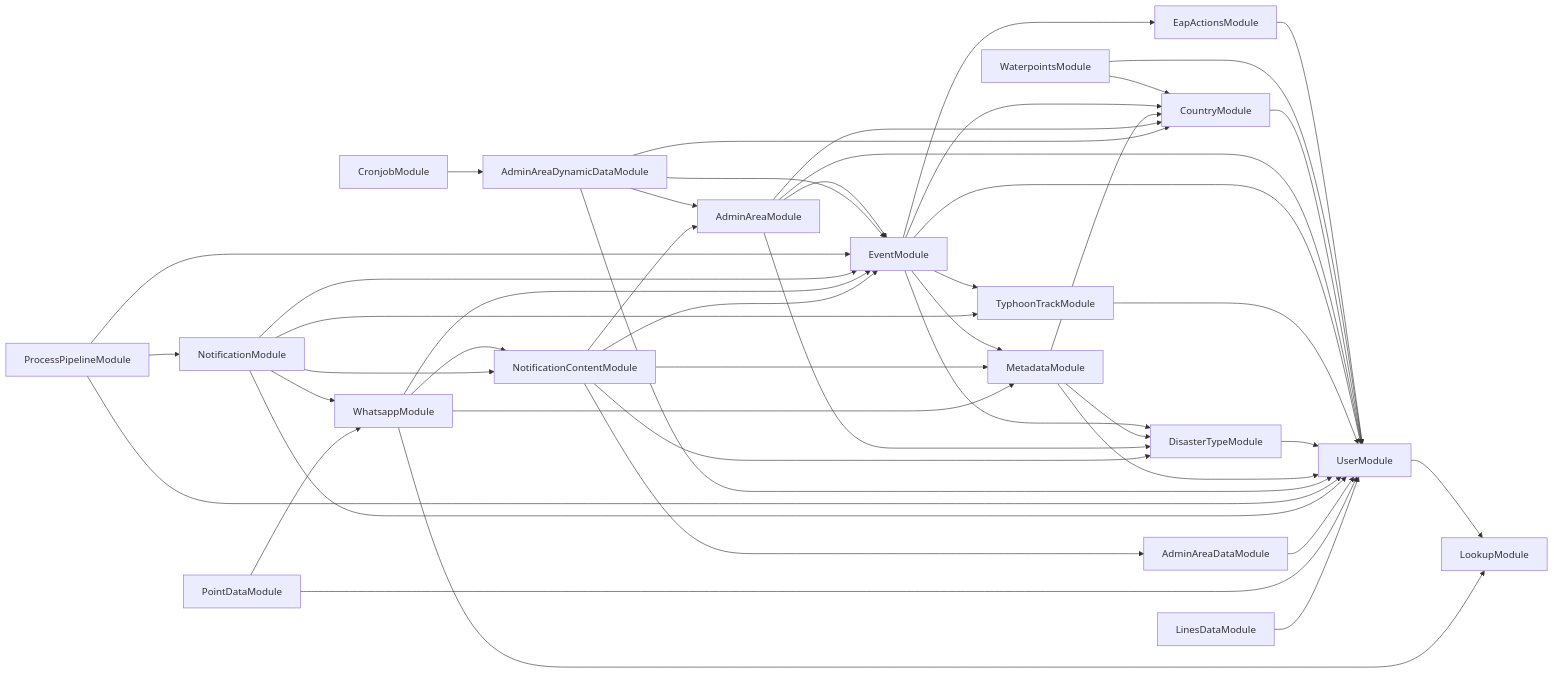
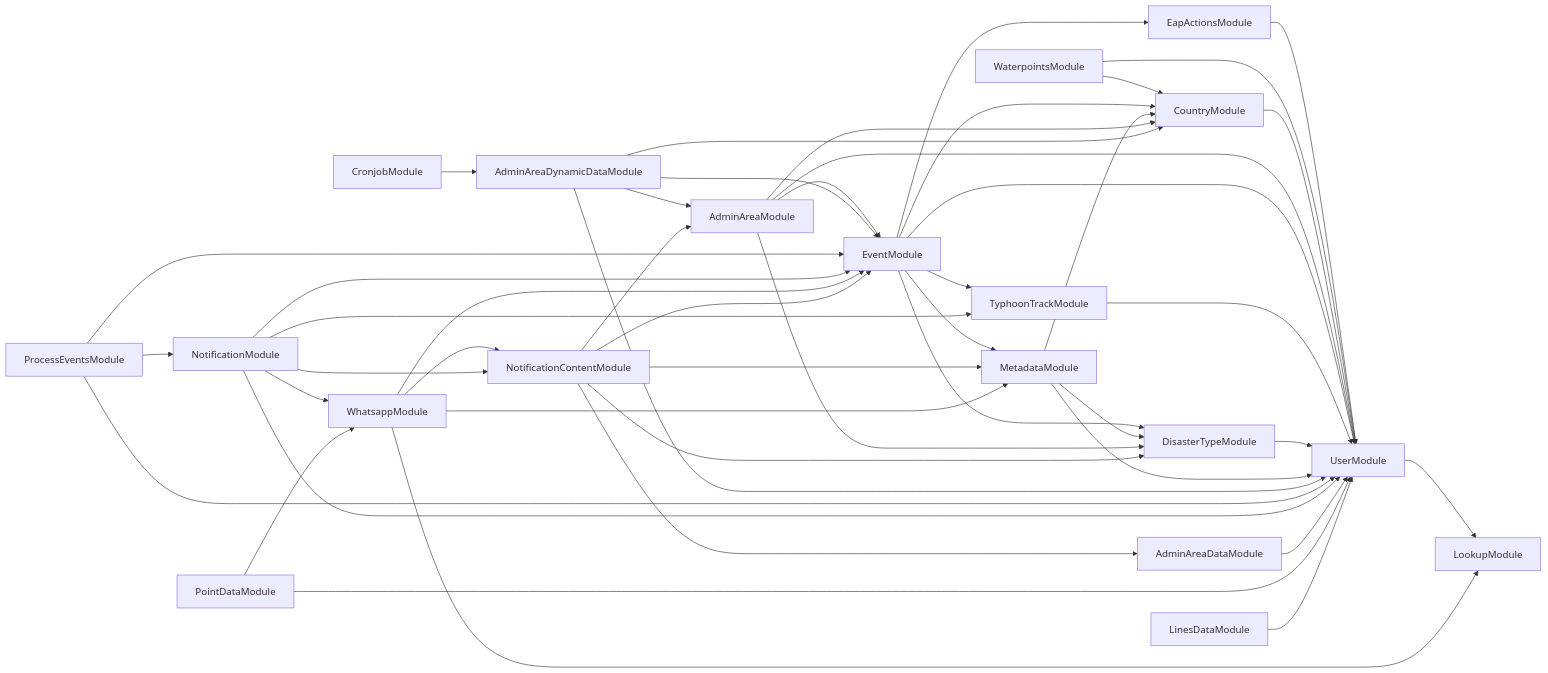
The diagram in services/API-service/module-dependencies.md (rodekruis/IBF-system), drawn with Mermaid before and after one commit. The commit also changed 16 other files, not shown here.

````diff
--- a/services/API-service/module-dependencies.md
+++ b/services/API-service/module-dependencies.md
@@ -3,49 +3,49 @@
 ```mermaid
 graph LR
   EapActionsModule-->UserModule
   UserModule-->LookupModule
   WaterpointsModule-->UserModule
   WaterpointsModule-->CountryModule
   CountryModule-->UserModule
   AdminAreaModule-->UserModule
   AdminAreaModule-->EventModule
   EventModule-->UserModule
   EventModule-->CountryModule
   EventModule-->EapActionsModule
   EventModule-->TyphoonTrackModule
   TyphoonTrackModule-->UserModule
   EventModule-->DisasterTypeModule
   DisasterTypeModule-->UserModule
   EventModule-->MetadataModule
   MetadataModule-->UserModule
   MetadataModule-->CountryModule
   MetadataModule-->DisasterTypeModule
   AdminAreaModule-->CountryModule
   AdminAreaModule-->DisasterTypeModule
   AdminAreaDynamicDataModule-->UserModule
   AdminAreaDynamicDataModule-->EventModule
   AdminAreaDynamicDataModule-->CountryModule
   AdminAreaDynamicDataModule-->AdminAreaModule
-  ProcessPipelineModule-->UserModule
-  ProcessPipelineModule-->EventModule
-  ProcessPipelineModule-->NotificationModule
+  ProcessEventsModule-->UserModule
+  ProcessEventsModule-->EventModule
+  ProcessEventsModule-->NotificationModule
   NotificationModule-->UserModule
   NotificationModule-->EventModule
   NotificationModule-->WhatsappModule
   WhatsappModule-->LookupModule
   WhatsappModule-->EventModule
   WhatsappModule-->NotificationContentModule
   NotificationContentModule-->EventModule
   NotificationContentModule-->AdminAreaDataModule
   AdminAreaDataModule-->UserModule
   NotificationContentModule-->AdminAreaModule
   NotificationContentModule-->DisasterTypeModule
   NotificationContentModule-->MetadataModule
   WhatsappModule-->MetadataModule
   NotificationModule-->NotificationContentModule
   NotificationModule-->TyphoonTrackModule
   PointDataModule-->UserModule
   PointDataModule-->WhatsappModule
   LinesDataModule-->UserModule
   CronjobModule-->AdminAreaDynamicDataModule
 ```
````
